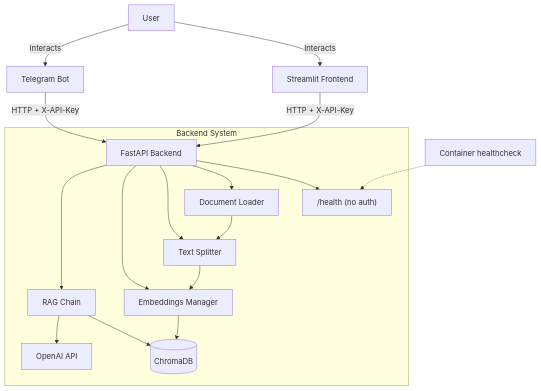
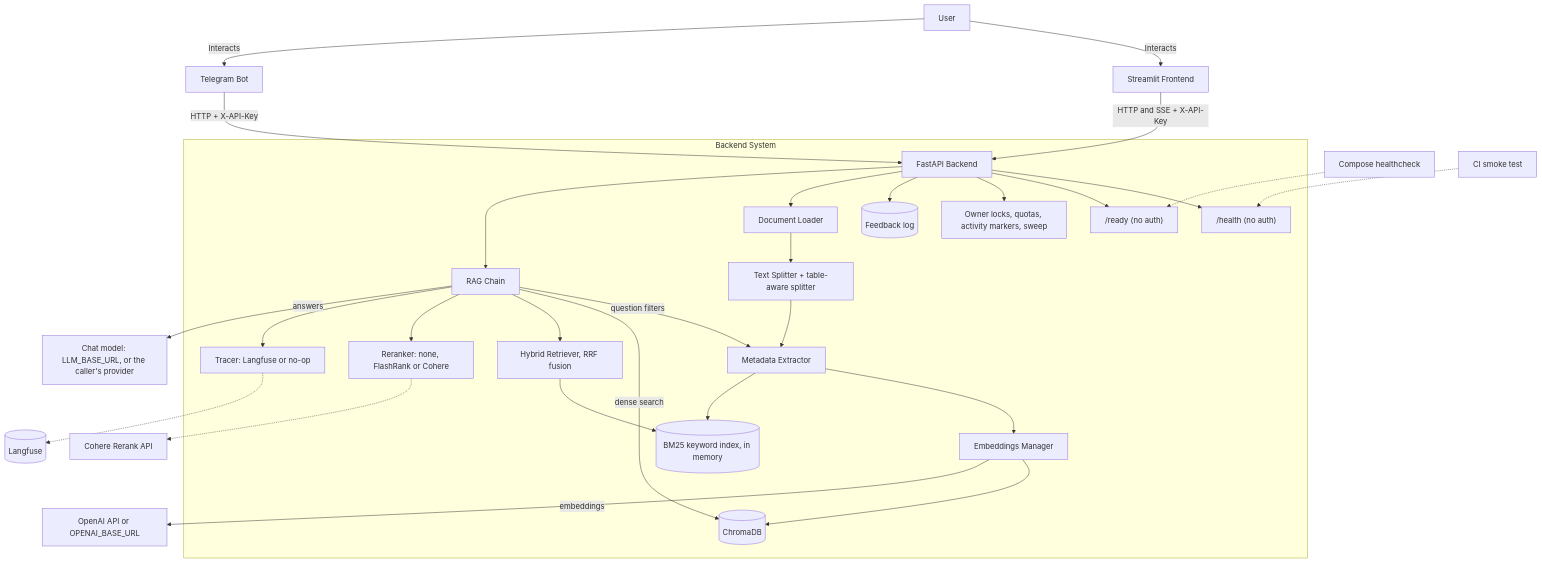
Before and after one commit to Modern-Messiah/Multi-language-RAG-Document-Assistant: the diagram in DOCUMENTATION.md, drawn with Mermaid. The commit also changed other lines of this file and 1 other file, not shown here.

````diff
--- a/DOCUMENTATION.md
+++ b/DOCUMENTATION.md
@@ -26,23 +76,36 @@
 ```mermaid
 graph TD
     User[User] -->|Interacts| UI[Streamlit Frontend]
     User -->|Interacts| Bot[Telegram Bot]
-    UI -->|HTTP + X-API-Key| API[FastAPI Backend]
+    UI -->|HTTP and SSE + X-API-Key| API[FastAPI Backend]
     Bot -->|HTTP + X-API-Key| API
 
     subgraph "Backend System"
         API --> Health["/health (no auth)"]
+        API --> Ready["/ready (no auth)"]
+        API --> Owners["Owner locks, quotas, activity markers, sweep"]
+        API --> Feedback[("Feedback log")]
         API --> Loader[Document Loader]
-        API --> Chunker[Text Splitter]
-        API --> Embed[Embeddings Manager]
         API --> Chain[RAG Chain]
 
-        Loader --> Chunker
-        Chunker --> Embed
+        Loader --> Chunker["Text Splitter + table-aware splitter"]
+        Chunker --> Tags[Metadata Extractor]
+        Tags --> Embed[Embeddings Manager]
+        Tags --> BM25[("BM25 keyword index, in memory")]
         Embed --> VectorDB[(ChromaDB)]
-        Chain --> VectorDB
-        Chain --> LLM[OpenAI API]
+
+        Chain -->|question filters| Tags
+        Chain -->|dense search| VectorDB
+        Chain --> Hybrid["Hybrid Retriever, RRF fusion"]
+        Hybrid --> BM25
+        Chain --> Reranker["Reranker: none, FlashRank or Cohere"]
+        Chain --> Tracer["Tracer: Langfuse or no-op"]
     end
 
-    Probe[Container healthcheck] -.-> Health
+    Embed -->|embeddings| OpenAI["OpenAI API or OPENAI_BASE_URL"]
+    Chain -->|answers| LLM["Chat model: LLM_BASE_URL, or the caller's provider"]
+    Reranker -.-> Cohere[Cohere Rerank API]
+    Tracer -.-> Langfuse[(Langfuse)]
+    Probe[Compose healthcheck] -.-> Ready
+    Smoke[CI smoke test] -.-> Health
 ```
````
